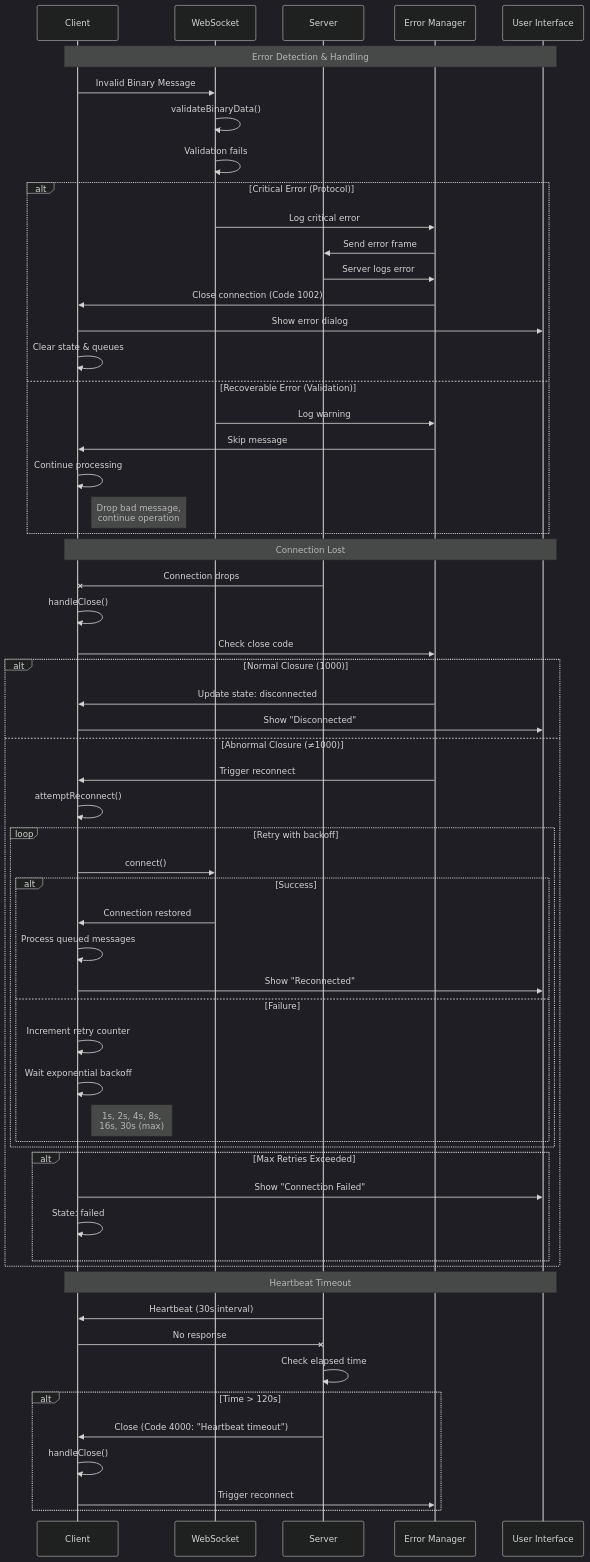
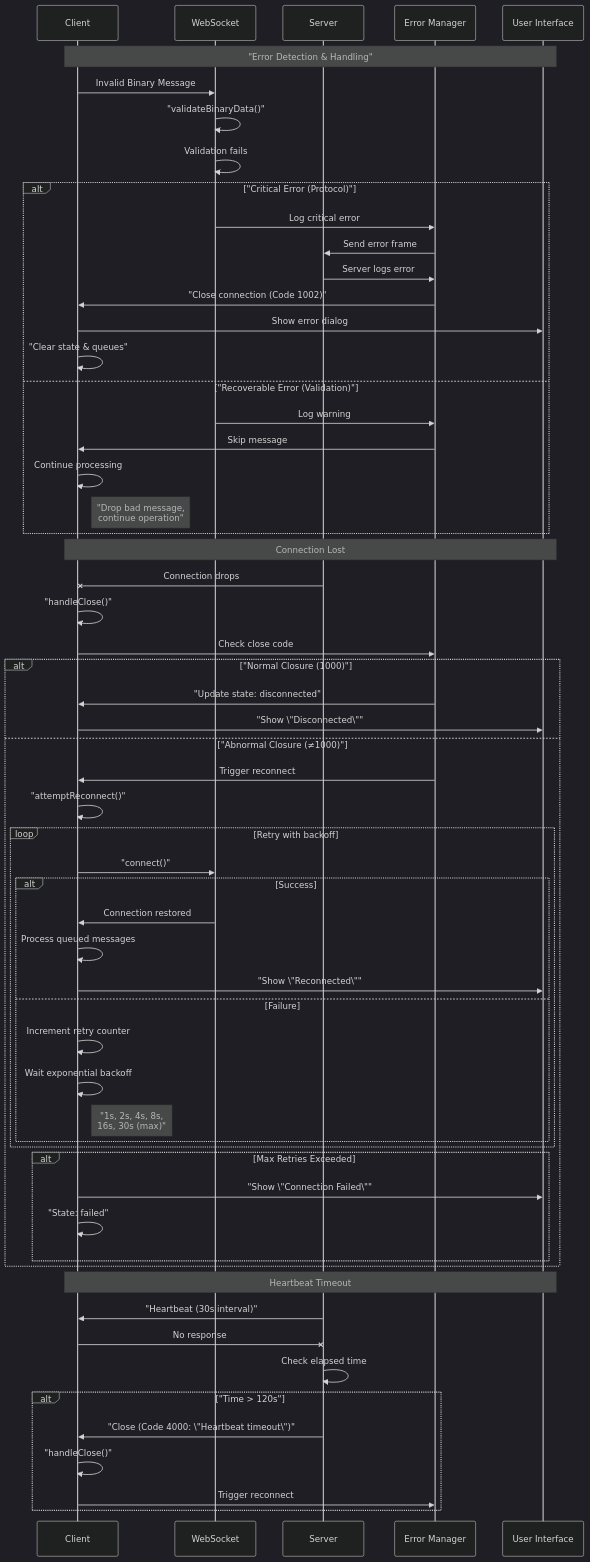
Diagram 18 of 19 in docs/diagrams/infrastructure/websocket/binary-protocol-complete.md (DreamLab-AI/VisionFlow), drawn with Mermaid (dark theme) before and after one commit. The commit also changed other lines of this file and 39 other files, not shown here.

````diff
--- a/docs/diagrams/infrastructure/websocket/binary-protocol-complete.md
+++ b/docs/diagrams/infrastructure/websocket/binary-protocol-complete.md
@@ -1159,72 +1159,72 @@
 ```mermaid
 sequenceDiagram
     participant C as Client
     participant WS as WebSocket
     participant S as Server
     participant EM as Error Manager
     participant UI as User Interface
 
-    Note over C,UI: Error Detection & Handling
+    Note over C,UI: "Error Detection & Handling"
 
     C->>WS: Invalid Binary Message
-    WS->>WS: validateBinaryData()
+    WS->>WS: "validateBinaryData()"
     WS->>WS: Validation fails
 
-    alt Critical Error (Protocol)
+    alt "Critical Error (Protocol)"
         WS->>EM: Log critical error
         EM->>S: Send error frame
         S->>EM: Server logs error
-        EM->>C: Close connection (Code 1002)
+        EM->>C: "Close connection (Code 1002)"
         C->>UI: Show error dialog
-        C->>C: Clear state & queues
-    else Recoverable Error (Validation)
+        C->>C: "Clear state & queues"
+    else "Recoverable Error (Validation)"
         WS->>EM: Log warning
         EM->>C: Skip message
         C->>C: Continue processing
-        Note right of C: Drop bad message,<br/>continue operation
+        Note right of C: "Drop bad message,<br/>continue operation"
     end
 
     Note over C,UI: Connection Lost
 
     S-xC: Connection drops
-    C->>C: handleClose()
+    C->>C: "handleClose()"
     C->>EM: Check close code
 
-    alt Normal Closure (1000)
-        EM->>C: Update state: disconnected
-        C->>UI: Show "Disconnected"
-    else Abnormal Closure (≠1000)
+    alt "Normal Closure (1000)"
+        EM->>C: "Update state: disconnected"
+        C->>UI: "Show \"Disconnected\""
+    else "Abnormal Closure (≠1000)"
         EM->>C: Trigger reconnect
-        C->>C: attemptReconnect()
+        C->>C: "attemptReconnect()"
 
         loop Retry with backoff
-            C->>WS: connect()
+            C->>WS: "connect()"
             alt Success
                 WS->>C: Connection restored
                 C->>C: Process queued messages
-                C->>UI: Show "Reconnected"
+                C->>UI: "Show \"Reconnected\""
             else Failure
                 C->>C: Increment retry counter
                 C->>C: Wait exponential backoff
-                Note right of C: 1s, 2s, 4s, 8s,<br/>16s, 30s (max)
+                Note right of C: "1s, 2s, 4s, 8s,<br/>16s, 30s (max)"
             end
         end
 
         alt Max Retries Exceeded
-            C->>UI: Show "Connection Failed"
-            C->>C: State: failed
+            C->>UI: "Show \"Connection Failed\""
+            C->>C: "State: failed"
         end
     end
 
     Note over C,UI: Heartbeat Timeout
 
-    S->>C: Heartbeat (30s interval)
+    S->>C: "Heartbeat (30s interval)"
     C-xS: No response
     S->>S: Check elapsed time
 
-    alt Time > 120s
-        S->>C: Close (Code 4000: "Heartbeat timeout")
-        C->>C: handleClose()
+    alt "Time > 120s"
+        S->>C: "Close (Code 4000: \"Heartbeat timeout\")"
+        C->>C: "handleClose()"
         C->>EM: Trigger reconnect
     end
 ```
````
